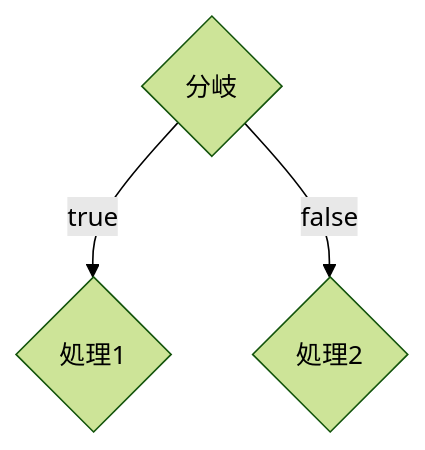
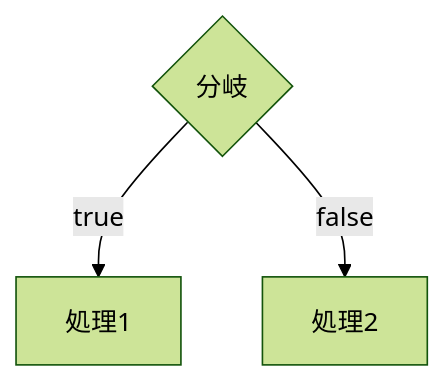
Before and after one commit to yattom/todo-breaking: the second of 2 diagrams in TODO割り問題.md, drawn with Mermaid (forest theme).

Commit message:
分岐の例

````diff
--- a/TODO割り問題.md
+++ b/TODO割り問題.md
@@ -18,8 +18,8 @@
 ```mermaid
 flowchart TB
     id0{分岐}
-    id1{処理1}
-    id2{処理2}
+    id1[処理1]
+    id2[処理2]
     id0 -- true --> id1
     id0 -- false --> id2
 ```
````
